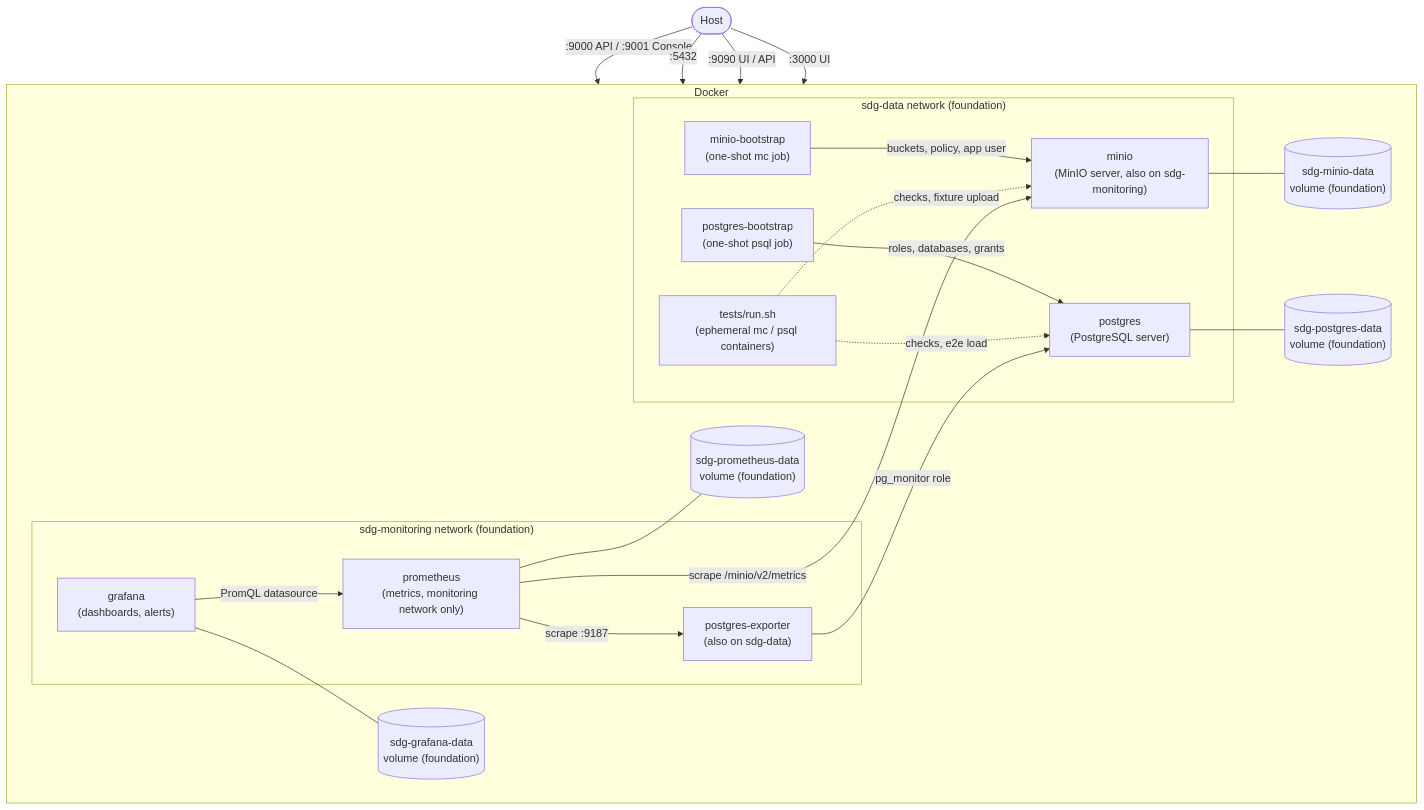
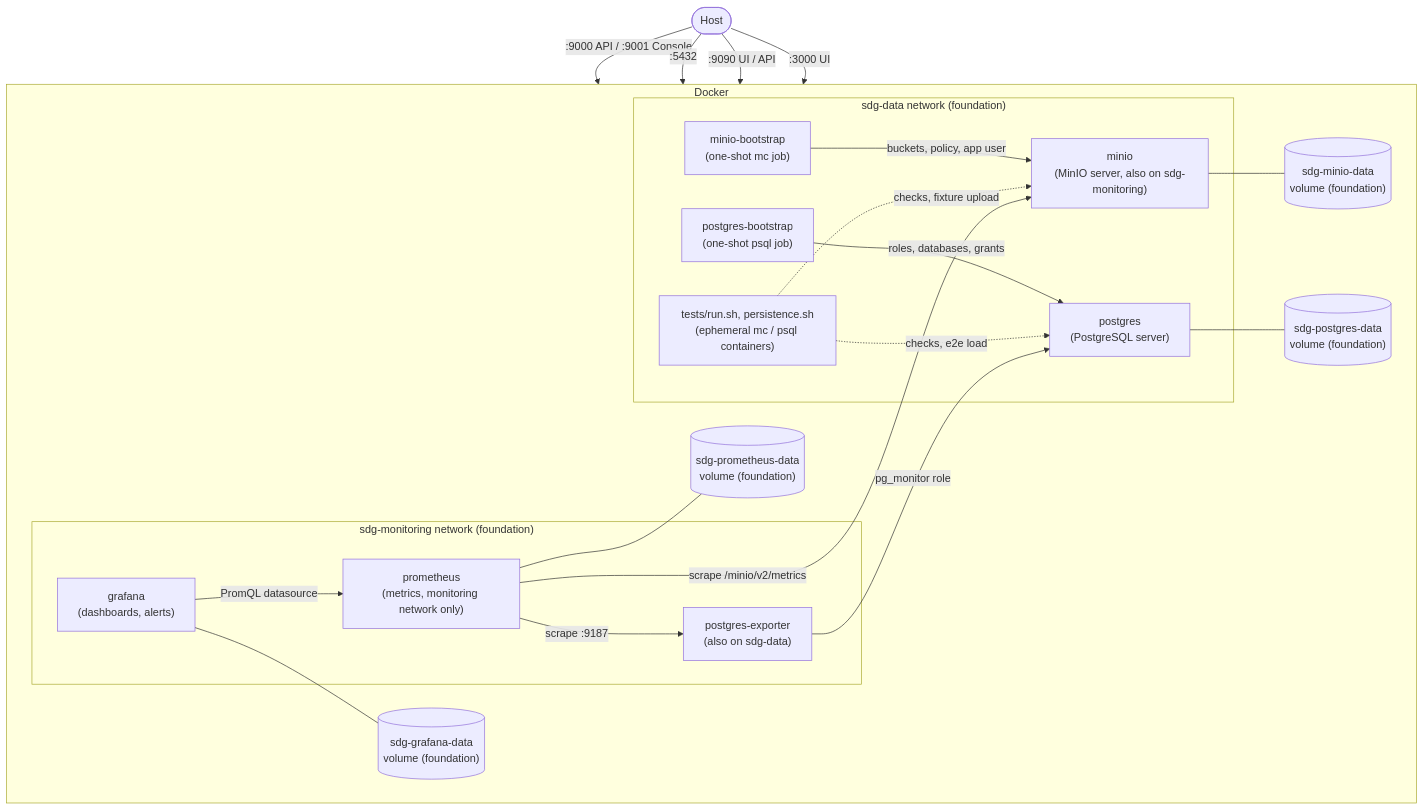
One commit to mellifluus/sdg-tech-challenge changed the diagram in README.md. Above: the diagram before and after it, drawn with Mermaid. The commit also changed other lines of this file and 6 other files, not shown here.

Commit message:
add persistence test and run both tests in ci

````diff
--- a/README.md
+++ b/README.md
@@ -7,40 +7,40 @@
 ```mermaid
 flowchart TB
     subgraph docker["Docker"]
         direction LR
         subgraph sdg-data["sdg-data network (foundation)"]
             minio["minio<br/>(MinIO server, also on sdg-monitoring)"]
             bootstrap["minio-bootstrap<br/>(one-shot mc job)"]
             postgres["postgres<br/>(PostgreSQL server)"]
             pg_bootstrap["postgres-bootstrap<br/>(one-shot psql job)"]
-            tests["tests/run.sh<br/>(ephemeral mc / psql containers)"]
+            tests["tests/run.sh, persistence.sh<br/>(ephemeral mc / psql containers)"]
         end
         subgraph sdg-monitoring["sdg-monitoring network (foundation)"]
             prometheus["prometheus<br/>(metrics, monitoring network only)"]
             pg_exporter["postgres-exporter<br/>(also on sdg-data)"]
             grafana["grafana<br/>(dashboards, alerts)"]
         end
         minio_vol[("sdg-minio-data<br/>volume (foundation)")]
         pg_vol[("sdg-postgres-data<br/>volume (foundation)")]
         prom_vol[("sdg-prometheus-data<br/>volume (foundation)")]
         grafana_vol[("sdg-grafana-data<br/>volume (foundation)")]
     end
     host(["Host"])
 
     host -- ":9000 API / :9001 Console" --> minio
     bootstrap -- "buckets, policy, app user" --> minio
     minio --- minio_vol
     host -- ":5432" --> postgres
     pg_bootstrap -- "roles, databases, grants" --> postgres
     postgres --- pg_vol
     tests -. "checks, fixture upload" .-> minio
     tests -. "checks, e2e load" .-> postgres
     host -- ":9090 UI / API" --> prometheus
     prometheus --- prom_vol
     prometheus -- "scrape /minio/v2/metrics" --> minio
     prometheus -- "scrape :9187" --> pg_exporter
     pg_exporter -- "pg_monitor role" --> postgres
     host -- ":3000 UI" --> grafana
     grafana -- "PromQL datasource" --> prometheus
     grafana --- grafana_vol
 ```
````
